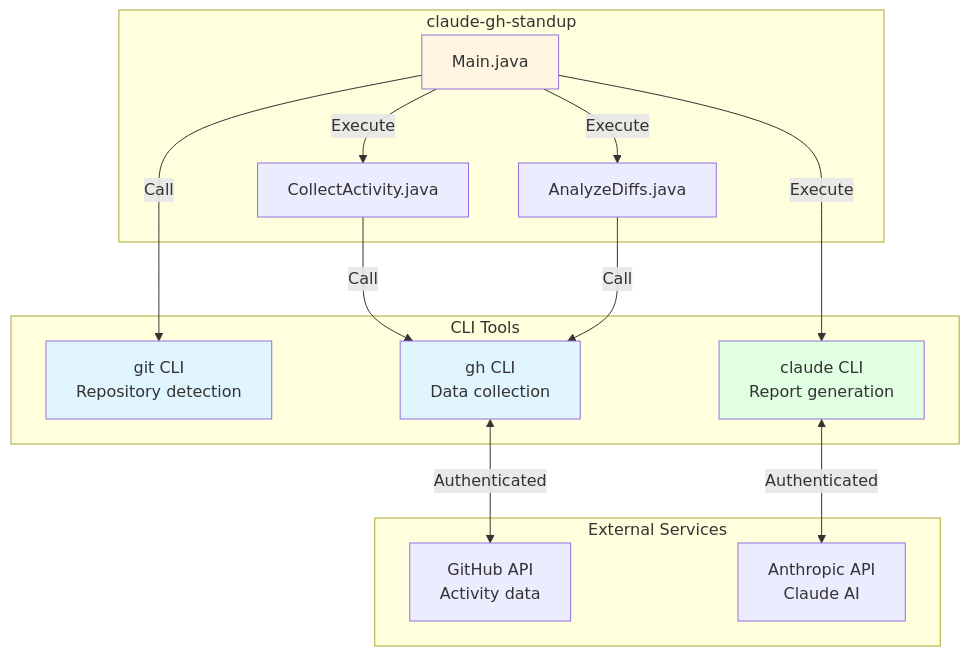
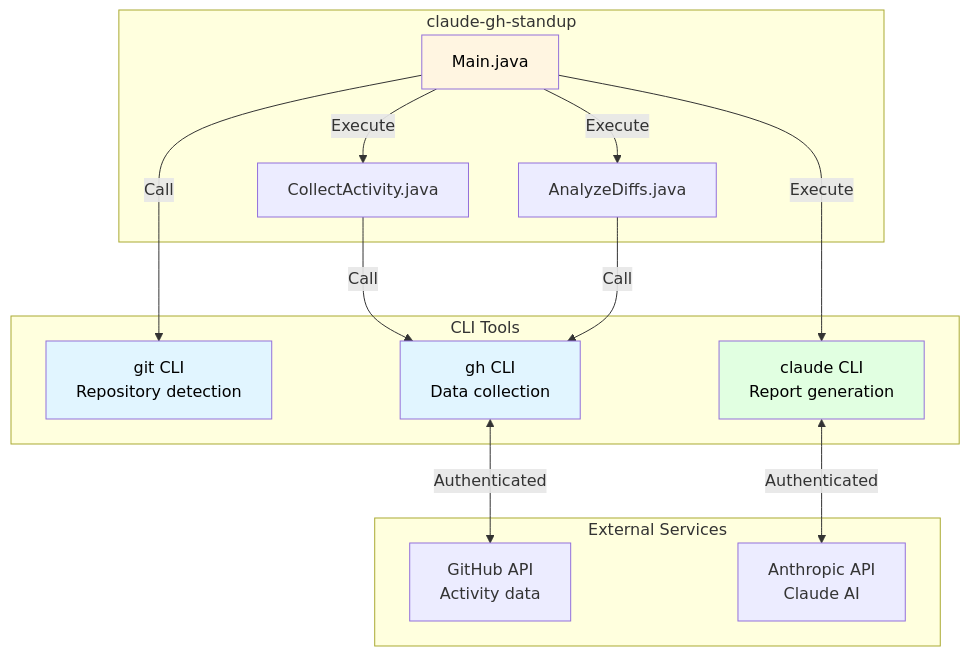
Before and after one commit to jetmobsol/claude-gh-standup: the tenth of 10 diagrams in docs/architecture/05-integration-patterns.md, drawn with Mermaid. The commit also changed other lines of this file and 4 other files, not shown here.

First line of the commit message:
Fix text color to black on light-colored Mermaid diagrams

````diff
--- a/docs/architecture/05-integration-patterns.md
+++ b/docs/architecture/05-integration-patterns.md
@@ -492,35 +492,35 @@
 ```mermaid
 graph TB
     subgraph "claude-gh-standup"
         Main[Main.java]
         Collect[CollectActivity.java]
         Analyze[AnalyzeDiffs.java]
     end
 
     subgraph "CLI Tools"
         Git[git CLI<br/>Repository detection]
         GH[gh CLI<br/>Data collection]
         Claude[claude CLI<br/>Report generation]
     end
 
     subgraph "External Services"
         GitHub[GitHub API<br/>Activity data]
         Anthropic[Anthropic API<br/>Claude AI]
     end
 
     Main -->|Execute| Collect
     Main -->|Execute| Analyze
     Main -->|Execute| Claude
 
     Collect -->|Call| GH
     Analyze -->|Call| GH
     Main -->|Call| Git
 
     GH <-->|Authenticated| GitHub
     Claude <-->|Authenticated| Anthropic
 
-    style Main fill:#fff5e1
-    style Git fill:#e1f5ff
-    style GH fill:#e1f5ff
-    style Claude fill:#e1ffe1
+    style Main fill:#fff5e1,color:#000
+    style Git fill:#e1f5ff,color:#000
+    style GH fill:#e1f5ff,color:#000
+    style Claude fill:#e1ffe1,color:#000
 ```
````
